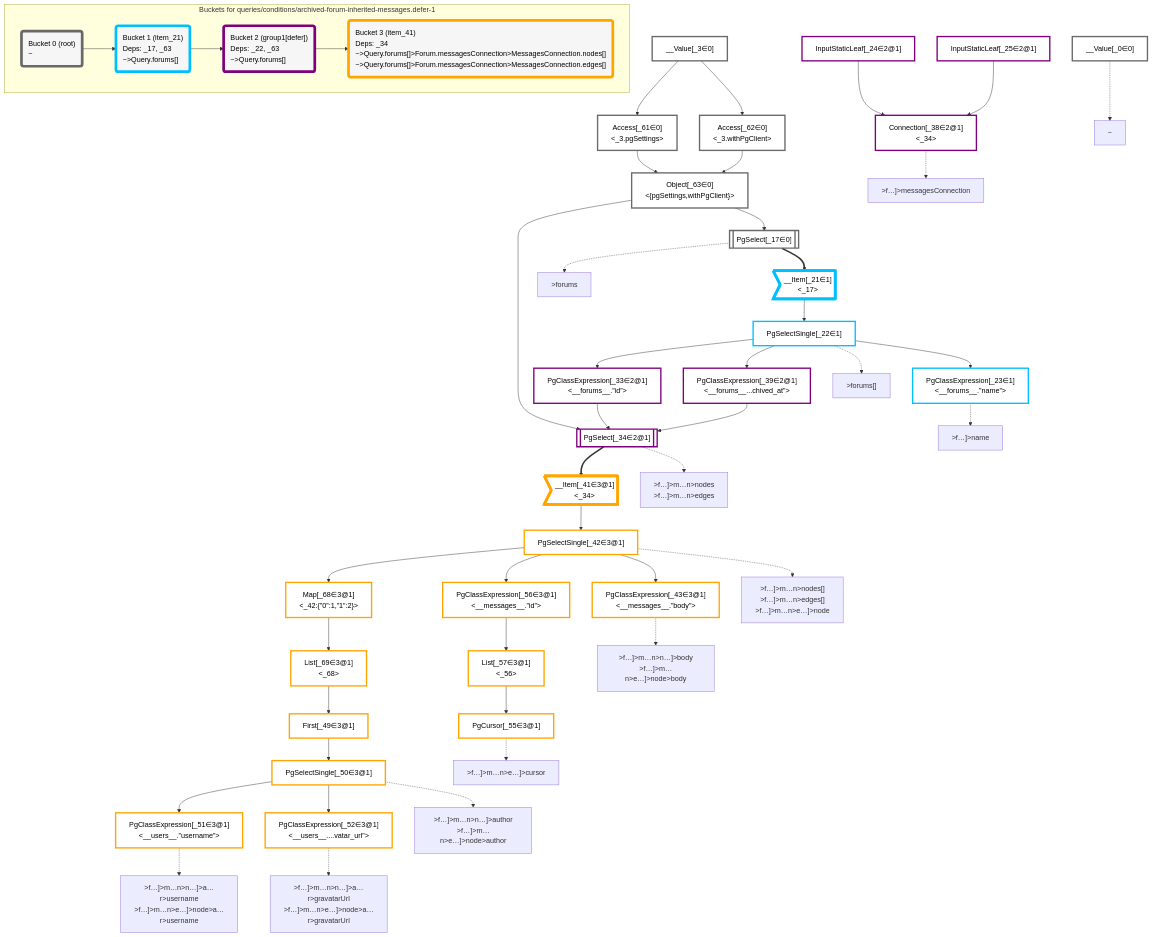
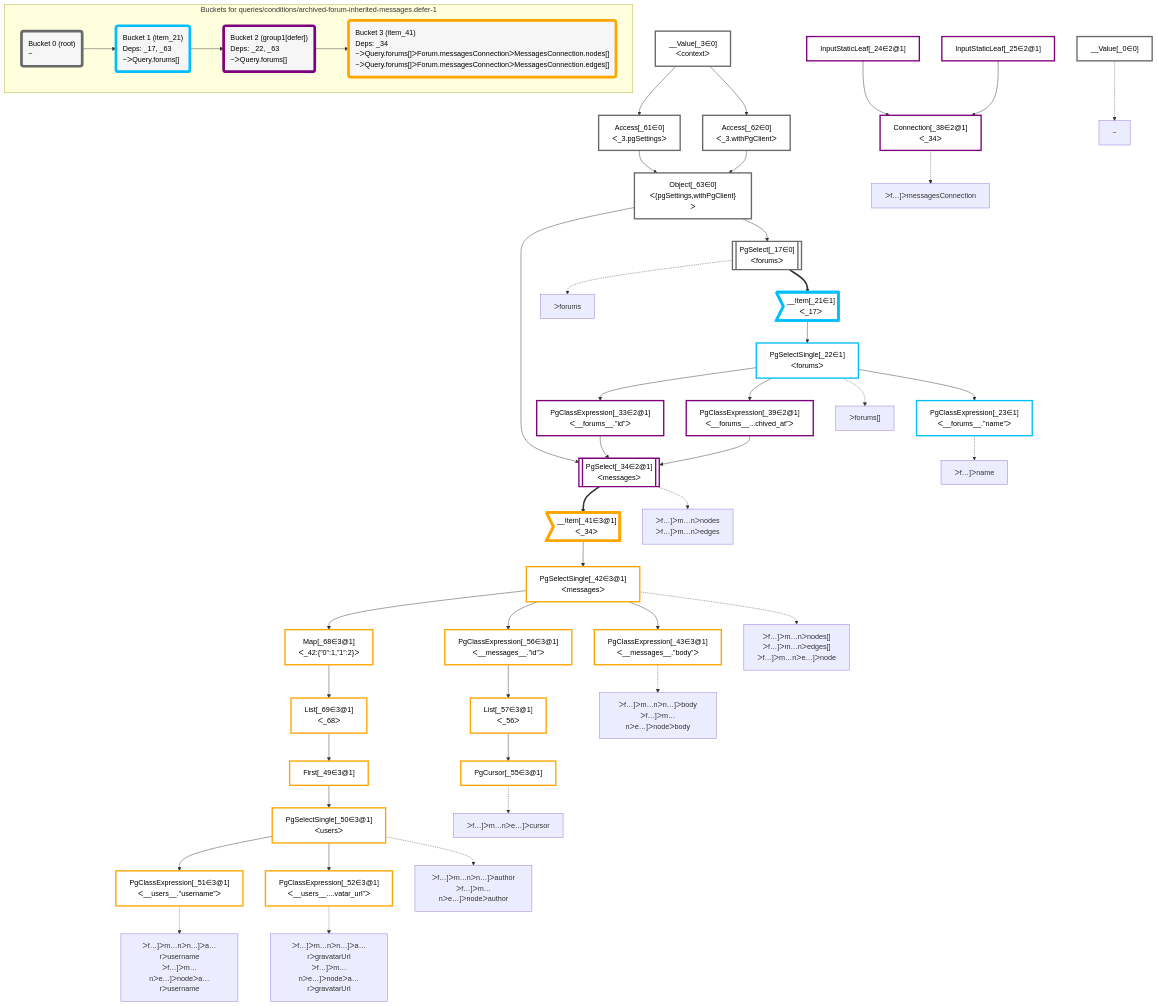
Before and after one commit to graphile/crystal: the diagram in packages/dataplan-pg/__tests__/queries/conditions/archived-forum-inherited-messages.defer-1.mermaid.md, drawn with Mermaid. The commit also changed 195 other files, not shown here.

```diff
--- a/packages/dataplan-pg/__tests__/queries/conditions/archived-forum-inherited-messages.defer-1.mermaid.md
+++ b/packages/dataplan-pg/__tests__/queries/conditions/archived-forum-inherited-messages.defer-1.mermaid.md
@@ -9,32 +9,32 @@
 
     %% define plans
     __Value_0["__Value[_0∈0]"]:::plan
-    __Value_3["__Value[_3∈0]<br /><context>"]:::plan
-    PgSelect_17[["PgSelect[_17∈0]<br /><forums>"]]:::plan
-    __Item_21>"__Item[_21∈1]<br /><_17>"]:::itemplan
-    PgSelectSingle_22["PgSelectSingle[_22∈1]<br /><forums>"]:::plan
-    PgClassExpression_23["PgClassExpression[_23∈1]<br /><__forums__.”name”>"]:::plan
+    __Value_3["__Value[_3∈0]<br />ᐸcontextᐳ"]:::plan
+    PgSelect_17[["PgSelect[_17∈0]<br />ᐸforumsᐳ"]]:::plan
+    __Item_21>"__Item[_21∈1]<br />ᐸ_17ᐳ"]:::itemplan
+    PgSelectSingle_22["PgSelectSingle[_22∈1]<br />ᐸforumsᐳ"]:::plan
+    PgClassExpression_23["PgClassExpression[_23∈1]<br />ᐸ__forums__.”name”ᐳ"]:::plan
     InputStaticLeaf_24["InputStaticLeaf[_24∈2@1]"]:::plan
     InputStaticLeaf_25["InputStaticLeaf[_25∈2@1]"]:::plan
-    PgClassExpression_33["PgClassExpression[_33∈2@1]<br /><__forums__.”id”>"]:::plan
-    PgSelect_34[["PgSelect[_34∈2@1]<br /><messages>"]]:::plan
-    Connection_38["Connection[_38∈2@1]<br /><_34>"]:::plan
-    PgClassExpression_39["PgClassExpression[_39∈2@1]<br /><__forums__...chived_at”>"]:::plan
-    __Item_41>"__Item[_41∈3@1]<br /><_34>"]:::itemplan
-    PgSelectSingle_42["PgSelectSingle[_42∈3@1]<br /><messages>"]:::plan
-    PgClassExpression_43["PgClassExpression[_43∈3@1]<br /><__messages__.”body”>"]:::plan
+    PgClassExpression_33["PgClassExpression[_33∈2@1]<br />ᐸ__forums__.”id”ᐳ"]:::plan
+    PgSelect_34[["PgSelect[_34∈2@1]<br />ᐸmessagesᐳ"]]:::plan
+    Connection_38["Connection[_38∈2@1]<br />ᐸ_34ᐳ"]:::plan
+    PgClassExpression_39["PgClassExpression[_39∈2@1]<br />ᐸ__forums__...chived_at”ᐳ"]:::plan
+    __Item_41>"__Item[_41∈3@1]<br />ᐸ_34ᐳ"]:::itemplan
+    PgSelectSingle_42["PgSelectSingle[_42∈3@1]<br />ᐸmessagesᐳ"]:::plan
+    PgClassExpression_43["PgClassExpression[_43∈3@1]<br />ᐸ__messages__.”body”ᐳ"]:::plan
     First_49["First[_49∈3@1]"]:::plan
-    PgSelectSingle_50["PgSelectSingle[_50∈3@1]<br /><users>"]:::plan
-    PgClassExpression_51["PgClassExpression[_51∈3@1]<br /><__users__.”username”>"]:::plan
-    PgClassExpression_52["PgClassExpression[_52∈3@1]<br /><__users__....vatar_url”>"]:::plan
+    PgSelectSingle_50["PgSelectSingle[_50∈3@1]<br />ᐸusersᐳ"]:::plan
+    PgClassExpression_51["PgClassExpression[_51∈3@1]<br />ᐸ__users__.”username”ᐳ"]:::plan
+    PgClassExpression_52["PgClassExpression[_52∈3@1]<br />ᐸ__users__....vatar_url”ᐳ"]:::plan
     PgCursor_55["PgCursor[_55∈3@1]"]:::plan
-    PgClassExpression_56["PgClassExpression[_56∈3@1]<br /><__messages__.”id”>"]:::plan
-    List_57["List[_57∈3@1]<br /><_56>"]:::plan
-    Access_61["Access[_61∈0]<br /><_3.pgSettings>"]:::plan
-    Access_62["Access[_62∈0]<br /><_3.withPgClient>"]:::plan
-    Object_63["Object[_63∈0]<br /><{pgSettings,withPgClient}>"]:::plan
-    Map_68["Map[_68∈3@1]<br /><_42:{”0”:1,”1”:2}>"]:::plan
-    List_69["List[_69∈3@1]<br /><_68>"]:::plan
+    PgClassExpression_56["PgClassExpression[_56∈3@1]<br />ᐸ__messages__.”id”ᐳ"]:::plan
+    List_57["List[_57∈3@1]<br />ᐸ_56ᐳ"]:::plan
+    Access_61["Access[_61∈0]<br />ᐸ_3.pgSettingsᐳ"]:::plan
+    Access_62["Access[_62∈0]<br />ᐸ_3.withPgClientᐳ"]:::plan
+    Object_63["Object[_63∈0]<br />ᐸ{pgSettings,withPgClient}ᐳ"]:::plan
+    Map_68["Map[_68∈3@1]<br />ᐸ_42:{”0”:1,”1”:2}ᐳ"]:::plan
+    List_69["List[_69∈3@1]<br />ᐸ_68ᐳ"]:::plan
 
     %% plan dependencies
     Object_63 --> PgSelect_17
@@ -68,27 +68,27 @@
     %% plan-to-path relationships
     P_0["~"]
     __Value_0 -.-> P_0
-    P_17[">forums"]
+    P_17["ᐳforums"]
     PgSelect_17 -.-> P_17
-    P_22[">forums[]"]
+    P_22["ᐳforums[]"]
     PgSelectSingle_22 -.-> P_22
-    P_23[">f…]>name"]
+    P_23["ᐳf…]ᐳname"]
     PgClassExpression_23 -.-> P_23
-    P_34[">f…]>m…n>nodes<br />>f…]>m…n>edges"]
+    P_34["ᐳf…]ᐳm…nᐳnodes<br />ᐳf…]ᐳm…nᐳedges"]
     PgSelect_34 -.-> P_34
-    P_38[">f…]>messagesConnection"]
+    P_38["ᐳf…]ᐳmessagesConnection"]
     Connection_38 -.-> P_38
-    P_42[">f…]>m…n>nodes[]<br />>f…]>m…n>edges[]<br />>f…]>m…n>e…]>node"]
+    P_42["ᐳf…]ᐳm…nᐳnodes[]<br />ᐳf…]ᐳm…nᐳedges[]<br />ᐳf…]ᐳm…nᐳe…]ᐳnode"]
     PgSelectSingle_42 -.-> P_42
-    P_43[">f…]>m…n>n…]>body<br />>f…]>m…n>e…]>node>body"]
+    P_43["ᐳf…]ᐳm…nᐳn…]ᐳbody<br />ᐳf…]ᐳm…nᐳe…]ᐳnodeᐳbody"]
     PgClassExpression_43 -.-> P_43
-    P_50[">f…]>m…n>n…]>author<br />>f…]>m…n>e…]>node>author"]
+    P_50["ᐳf…]ᐳm…nᐳn…]ᐳauthor<br />ᐳf…]ᐳm…nᐳe…]ᐳnodeᐳauthor"]
     PgSelectSingle_50 -.-> P_50
-    P_51[">f…]>m…n>n…]>a…r>username<br />>f…]>m…n>e…]>node>a…r>username"]
+    P_51["ᐳf…]ᐳm…nᐳn…]ᐳa…rᐳusername<br />ᐳf…]ᐳm…nᐳe…]ᐳnodeᐳa…rᐳusername"]
     PgClassExpression_51 -.-> P_51
-    P_52[">f…]>m…n>n…]>a…r>gravatarUrl<br />>f…]>m…n>e…]>node>a…r>gravatarUrl"]
+    P_52["ᐳf…]ᐳm…nᐳn…]ᐳa…rᐳgravatarUrl<br />ᐳf…]ᐳm…nᐳe…]ᐳnodeᐳa…rᐳgravatarUrl"]
     PgClassExpression_52 -.-> P_52
-    P_55[">f…]>m…n>e…]>cursor"]
+    P_55["ᐳf…]ᐳm…nᐳe…]ᐳcursor"]
     PgCursor_55 -.-> P_55
 
     %% allocate buckets
@@ -104,13 +104,13 @@
     subgraph "Buckets for queries/conditions/archived-forum-inherited-messages.defer-1"
     Bucket0("Bucket 0 (root)<br />~"):::bucket
     style Bucket0 stroke:#696969
-    Bucket1("Bucket 1 (item_21)<br />Deps: _17, _63<br />~>Query.forums[]"):::bucket
+    Bucket1("Bucket 1 (item_21)<br />Deps: _17, _63<br />~ᐳQuery.forums[]"):::bucket
     style Bucket1 stroke:#00bfff
     Bucket0 --> Bucket1
-    Bucket2("Bucket 2 (group1[defer])<br />Deps: _22, _63<br />~>Query.forums[]"):::bucket
+    Bucket2("Bucket 2 (group1[defer])<br />Deps: _22, _63<br />~ᐳQuery.forums[]"):::bucket
     style Bucket2 stroke:#7f007f
     Bucket1 --> Bucket2
-    Bucket3("Bucket 3 (item_41)<br />Deps: _34<br />~>Query.forums[]>Forum.messagesConnection>MessagesConnection.nodes[]<br />~>Query.forums[]>Forum.messagesConnection>MessagesConnection.edges[]"):::bucket
+    Bucket3("Bucket 3 (item_41)<br />Deps: _34<br />~ᐳQuery.forums[]ᐳForum.messagesConnectionᐳMessagesConnection.nodes[]<br />~ᐳQuery.forums[]ᐳForum.messagesConnectionᐳMessagesConnection.edges[]"):::bucket
     style Bucket3 stroke:#ffa500
     Bucket2 --> Bucket3
     end
```
